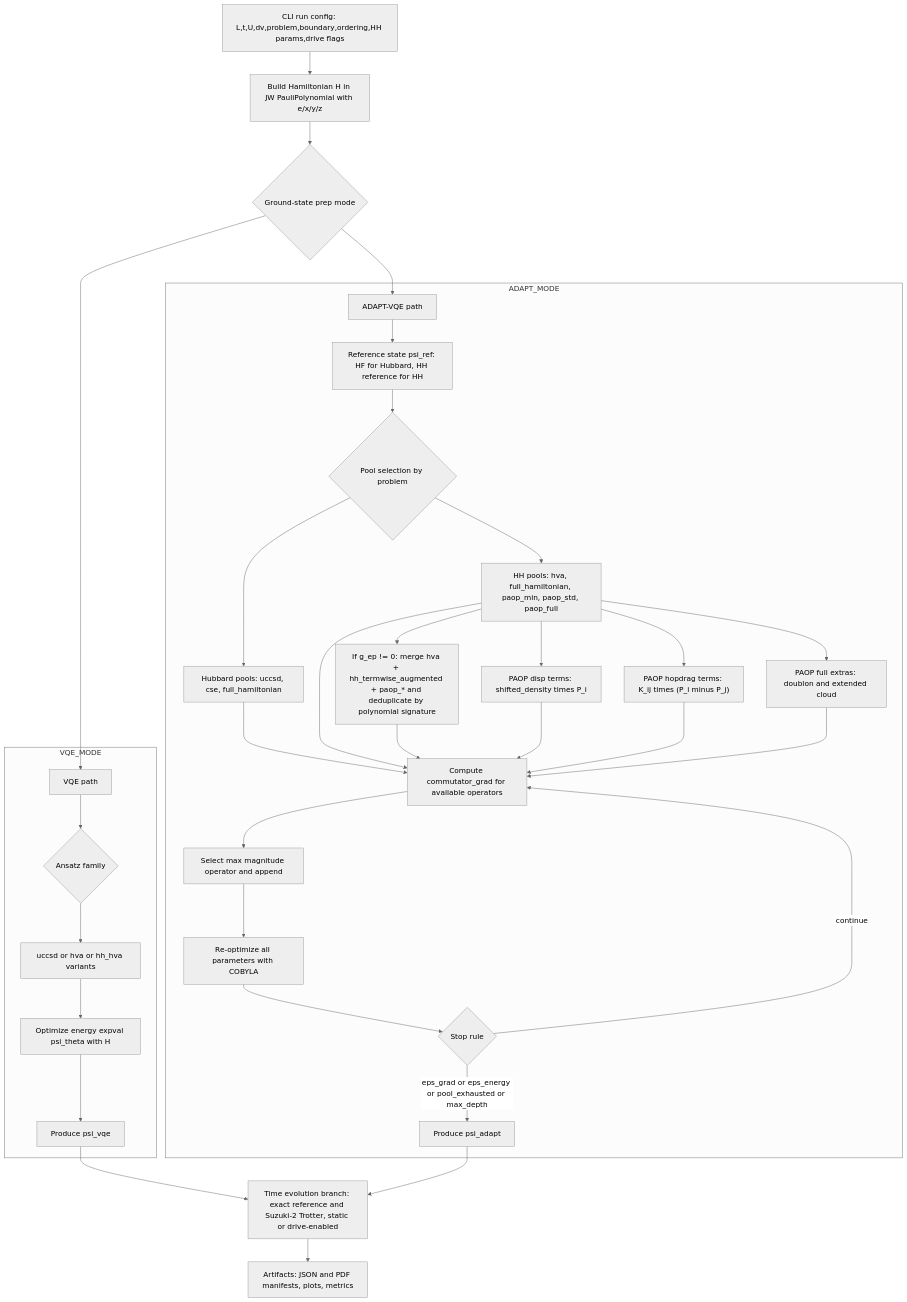
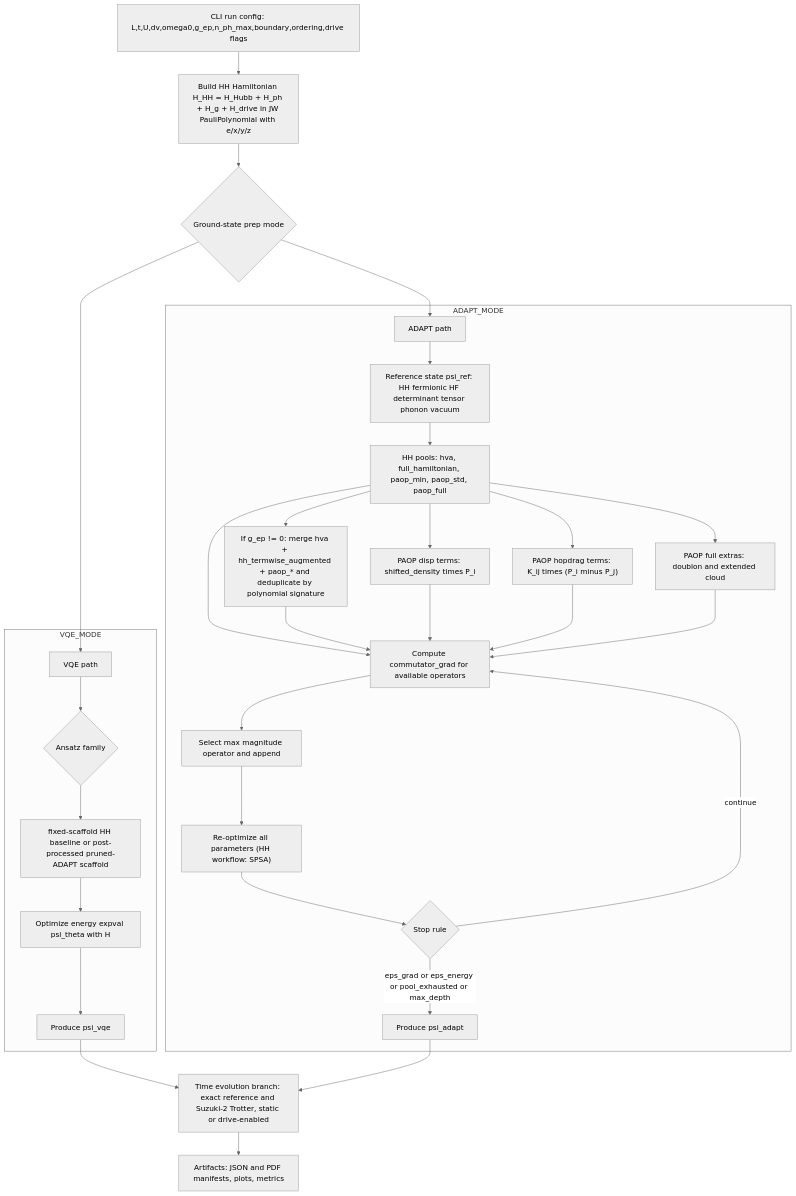
The second of 2 diagrams in README.md (jacopos86/qdynamics), drawn with Mermaid (neutral theme) before and after one commit. The commit also changed other lines of this file and 16136 other files, not shown here.

````diff
--- a/README.md
+++ b/README.md
@@ -105,45 +222,41 @@
 ```mermaid
 graph TB
-  A["CLI run config: L,t,U,dv,problem,boundary,ordering,HH params,drive flags"] --> B["Build Hamiltonian H in JW PauliPolynomial with e/x/y/z"]
+  A["CLI run config: L,t,U,dv,omega0,g_ep,n_ph_max,boundary,ordering,drive flags"] --> B["Build HH Hamiltonian H_HH = H_Hubb + H_ph + H_g + H_drive in JW PauliPolynomial with e/x/y/z"]
   B --> C{"Ground-state prep mode"}
 
   C --> V["VQE path"]
-  C --> AD["ADAPT-VQE path"]
+  C --> AD["ADAPT path"]
 
   subgraph VQE_MODE
     V --> V1{"Ansatz family"}
-    V1 --> V2["uccsd or hva or hh_hva variants"]
+    V1 --> V2["fixed-scaffold HH baseline or post-processed pruned-ADAPT scaffold"]
     V2 --> V3["Optimize energy expval psi_theta with H"]
     V3 --> V4["Produce psi_vqe"]
   end
 
   subgraph ADAPT_MODE
-    AD --> AD0["Reference state psi_ref: HF for Hubbard, HH reference for HH"]
-    AD0 --> AD1{"Pool selection by problem"}
-
-    AD1 --> HPOOL["Hubbard pools: uccsd, cse, full_hamiltonian"]
-    AD1 --> HHPOOL["HH pools: hva, full_hamiltonian, paop_min, paop_std, paop_full"]
+    AD --> AD0["Reference state psi_ref: HH fermionic HF determinant tensor phonon vacuum"]
+    AD0 --> HHPOOL["HH pools: hva, full_hamiltonian, paop_min, paop_std, paop_full"]
 
     HHPOOL --> PD1["PAOP disp terms: shifted_density times P_i"]
     HHPOOL --> PD2["PAOP hopdrag terms: K_ij times (P_i minus P_j)"]
     HHPOOL --> PD3["PAOP full extras: doublon and extended cloud"]
     HHPOOL --> HMERGE["If g_ep != 0: merge hva + hh_termwise_augmented + paop_* and deduplicate by polynomial signature"]
 
-    HPOOL --> GCompute
     HHPOOL --> GCompute
     HMERGE --> GCompute
     PD1 --> GCompute
     PD2 --> GCompute
     PD3 --> GCompute
 
     GCompute["Compute commutator_grad for available operators"] --> GSelect["Select max magnitude operator and append"]
-    GSelect --> Reopt["Re-optimize all parameters with COBYLA"]
+    GSelect --> Reopt["Re-optimize all parameters (HH workflow: SPSA)"]
     Reopt --> Stop{"Stop rule"}
     Stop -->|eps_grad or eps_energy or pool_exhausted or max_depth| ADOut["Produce psi_adapt"]
     Stop -->|continue| GCompute
   end
 
   V4 --> DYN
   ADOut --> DYN
   DYN["Time evolution branch: exact reference and Suzuki-2 Trotter, static or drive-enabled"] --> OUT["Artifacts: JSON and PDF manifests, plots, metrics"]
 ```
````
